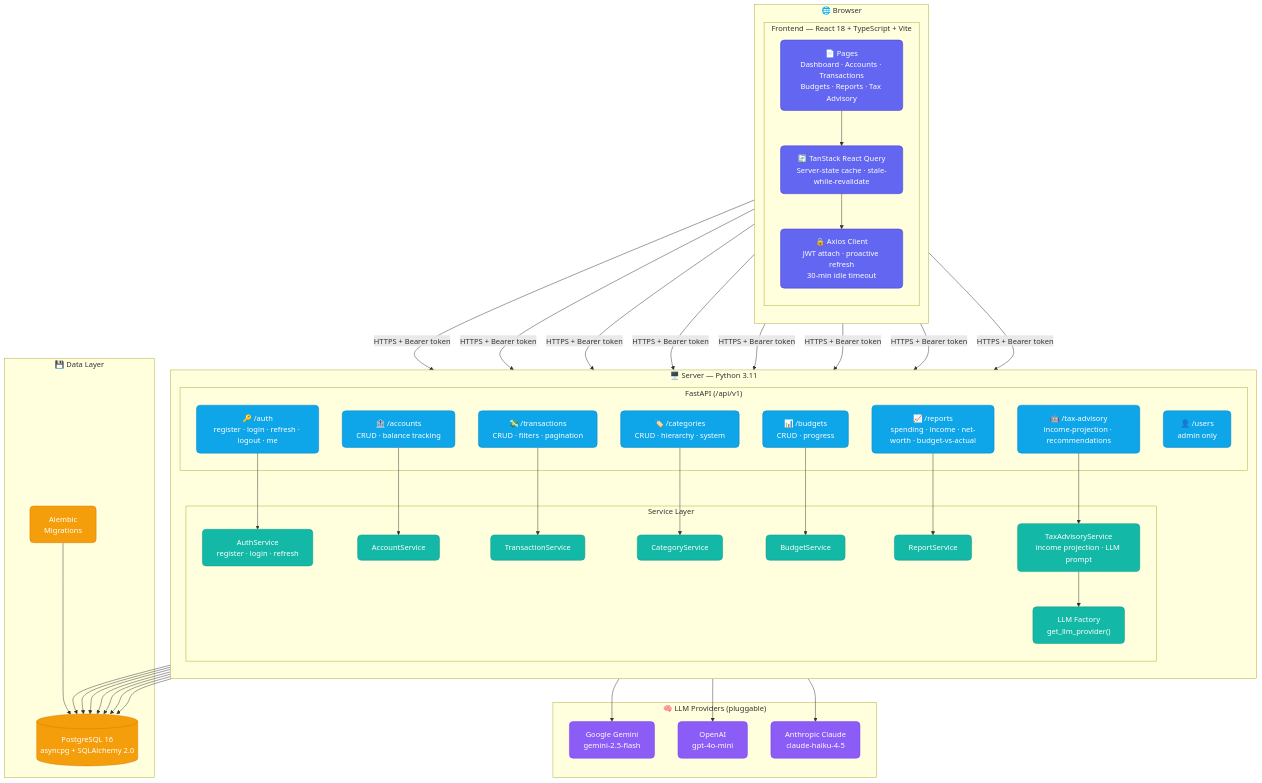
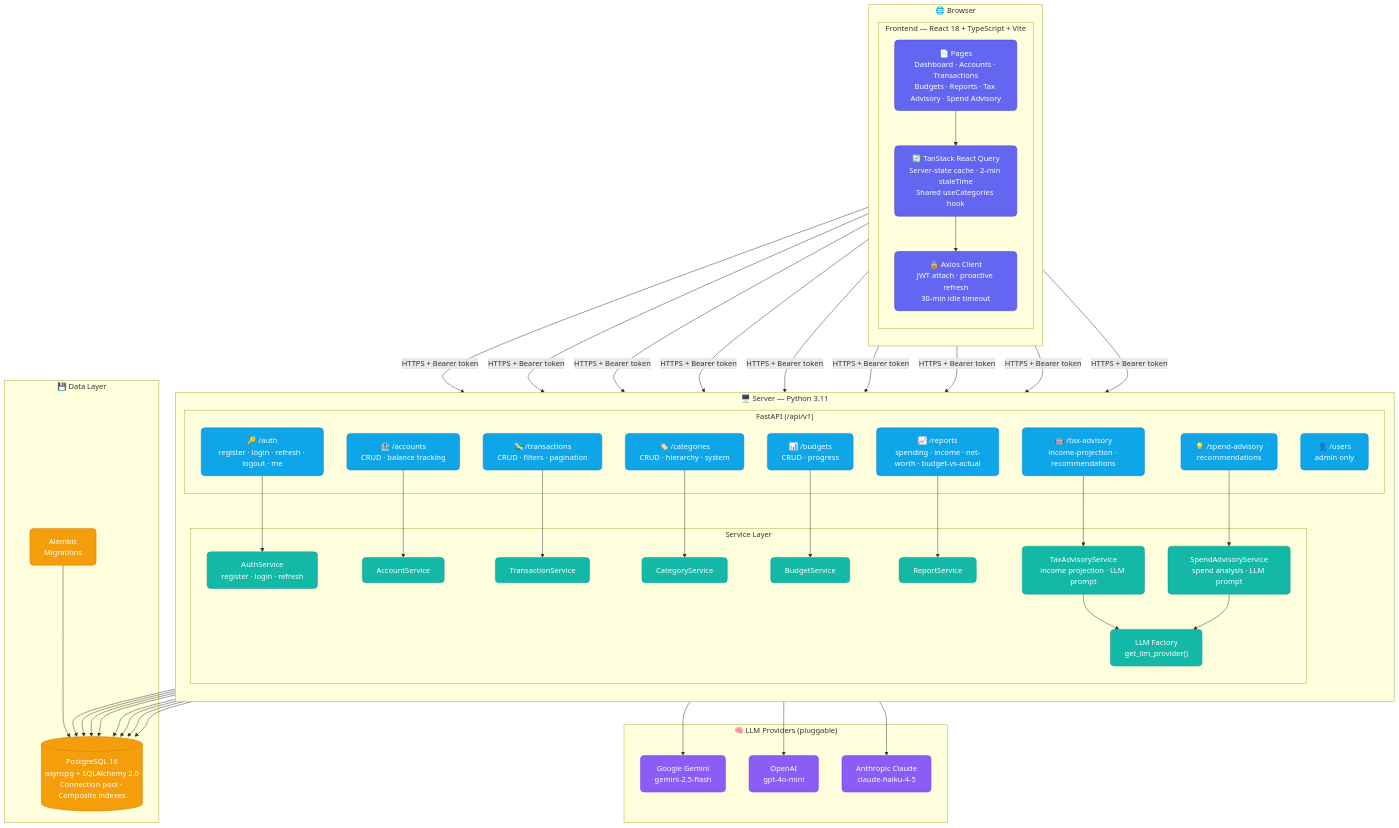
The first of 5 diagrams in docs/architecture.md (ragavendran-r/finance-saas), drawn with Mermaid before and after one commit. The commit also changed other lines of this file and 1 other file, not shown here.

Commit message:
docs: update README and architecture diagram for spend advisory and perf changes
- Fix LLM_PROVIDER env comment to cover both Tax and Spend Advisory
- Add /spend-advisory endpoint and SpendAdvisoryService to system overview diagram
- Note connection pool and composite indexes on PostgreSQL node
- Rename diagram 4 to "AI Advisory Flow (Tax & Spend)"
- Update JSON parsing step to reflect direct parse + BOM strip

````diff
--- a/docs/architecture.md
+++ b/docs/architecture.md
@@ -14,8 +14,8 @@
     subgraph BROWSER["🌐 Browser"]
         direction TB
         subgraph FE["Frontend — React 18 + TypeScript + Vite"]
-            PAGES["📄 Pages<br/>Dashboard · Accounts · Transactions<br/>Budgets · Reports · Tax Advisory"]
-            QUERY["🔄 TanStack React Query<br/>Server-state cache · stale-while-revalidate"]
+            PAGES["📄 Pages<br/>Dashboard · Accounts · Transactions<br/>Budgets · Reports · Tax Advisory · Spend Advisory"]
+            QUERY["🔄 TanStack React Query<br/>Server-state cache · 2-min staleTime<br/>Shared useCategories hook"]
             CLIENT["🔒 Axios Client<br/>JWT attach · proactive refresh<br/>30-min idle timeout"]
         end
     end
@@ -30,6 +30,7 @@
             BUD_EP["📊 /budgets<br/>CRUD · progress"]
             REP_EP["📈 /reports<br/>spending · income · net-worth · budget-vs-actual"]
             TAX_EP["🤖 /tax-advisory<br/>income-projection · recommendations"]
+            SPEND_EP["💡 /spend-advisory<br/>recommendations"]
             USR_EP["👤 /users<br/>admin only"]
         end
 
@@ -41,12 +42,13 @@
             BUD_SVC["BudgetService"]
             REP_SVC["ReportService"]
             TAX_SVC["TaxAdvisoryService<br/>income projection · LLM prompt"]
+            SPEND_SVC["SpendAdvisoryService<br/>spend analysis · LLM prompt"]
             LLM_FAC["LLM Factory<br/>get_llm_provider()"]
         end
     end
 
     subgraph DATA["💾 Data Layer"]
-        PG[("PostgreSQL 16<br/>asyncpg + SQLAlchemy 2.0")]
+        PG[("PostgreSQL 16<br/>asyncpg + SQLAlchemy 2.0<br/>Connection pool · Composite indexes")]
         ALEMBIC["Alembic<br/>Migrations"]
     end
 
@@ -65,6 +67,7 @@
     CLIENT -- "HTTPS + Bearer token" --> BUD_EP
     CLIENT -- "HTTPS + Bearer token" --> REP_EP
     CLIENT -- "HTTPS + Bearer token" --> TAX_EP
+    CLIENT -- "HTTPS + Bearer token" --> SPEND_EP
     CLIENT -- "HTTPS + Bearer token" --> USR_EP
 
     AUTH_EP --> AUTH_SVC
@@ -74,7 +77,9 @@
     BUD_EP --> BUD_SVC
     REP_EP --> REP_SVC
     TAX_EP --> TAX_SVC
+    SPEND_EP --> SPEND_SVC
     TAX_SVC --> LLM_FAC
+    SPEND_SVC --> LLM_FAC
 
     AUTH_SVC --> PG
     ACCT_SVC --> PG
@@ -83,6 +88,7 @@
     BUD_SVC --> PG
     REP_SVC --> PG
     TAX_SVC --> PG
+    SPEND_SVC --> PG
     ALEMBIC --> PG
 
     LLM_FAC --> GEMINI
@@ -90,8 +96,8 @@
     LLM_FAC --> CLAUDE
 
     class PAGES,QUERY,CLIENT frontend
-    class AUTH_EP,ACCT_EP,TX_EP,CAT_EP,BUD_EP,REP_EP,TAX_EP,USR_EP backend
-    class AUTH_SVC,ACCT_SVC,TX_SVC,CAT_SVC,BUD_SVC,REP_SVC,TAX_SVC,LLM_FAC service
+    class AUTH_EP,ACCT_EP,TX_EP,CAT_EP,BUD_EP,REP_EP,TAX_EP,SPEND_EP,USR_EP backend
+    class AUTH_SVC,ACCT_SVC,TX_SVC,CAT_SVC,BUD_SVC,REP_SVC,TAX_SVC,SPEND_SVC,LLM_FAC service
     class PG,ALEMBIC db
     class GEMINI,OPENAI_P,CLAUDE llm
 ```
````
